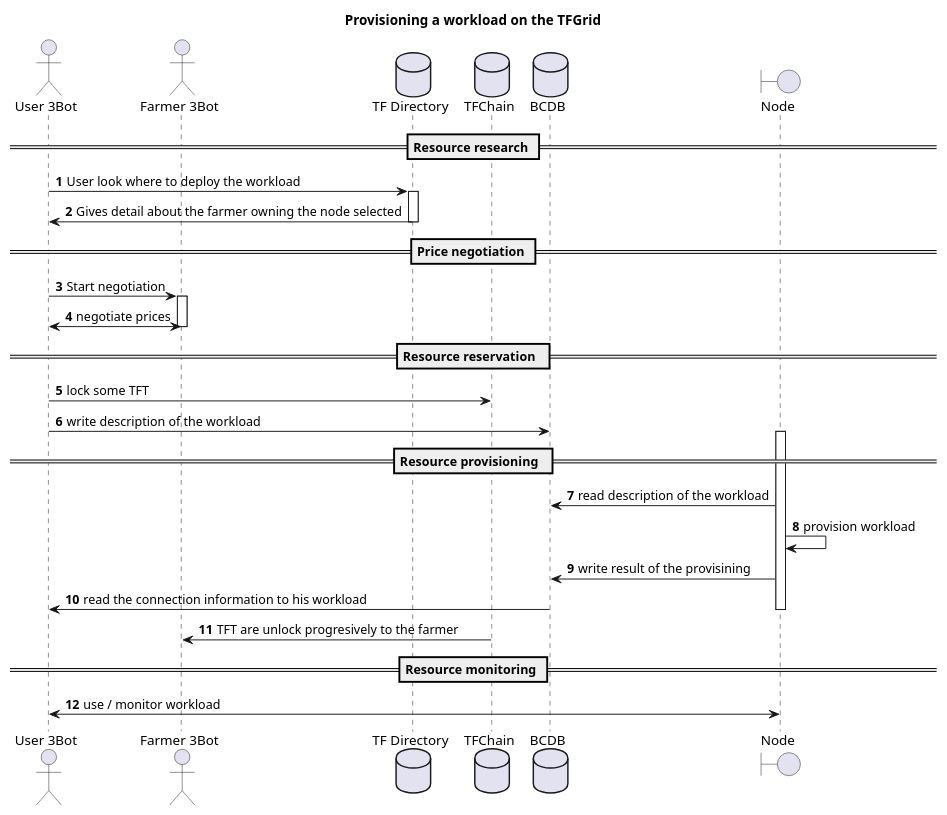
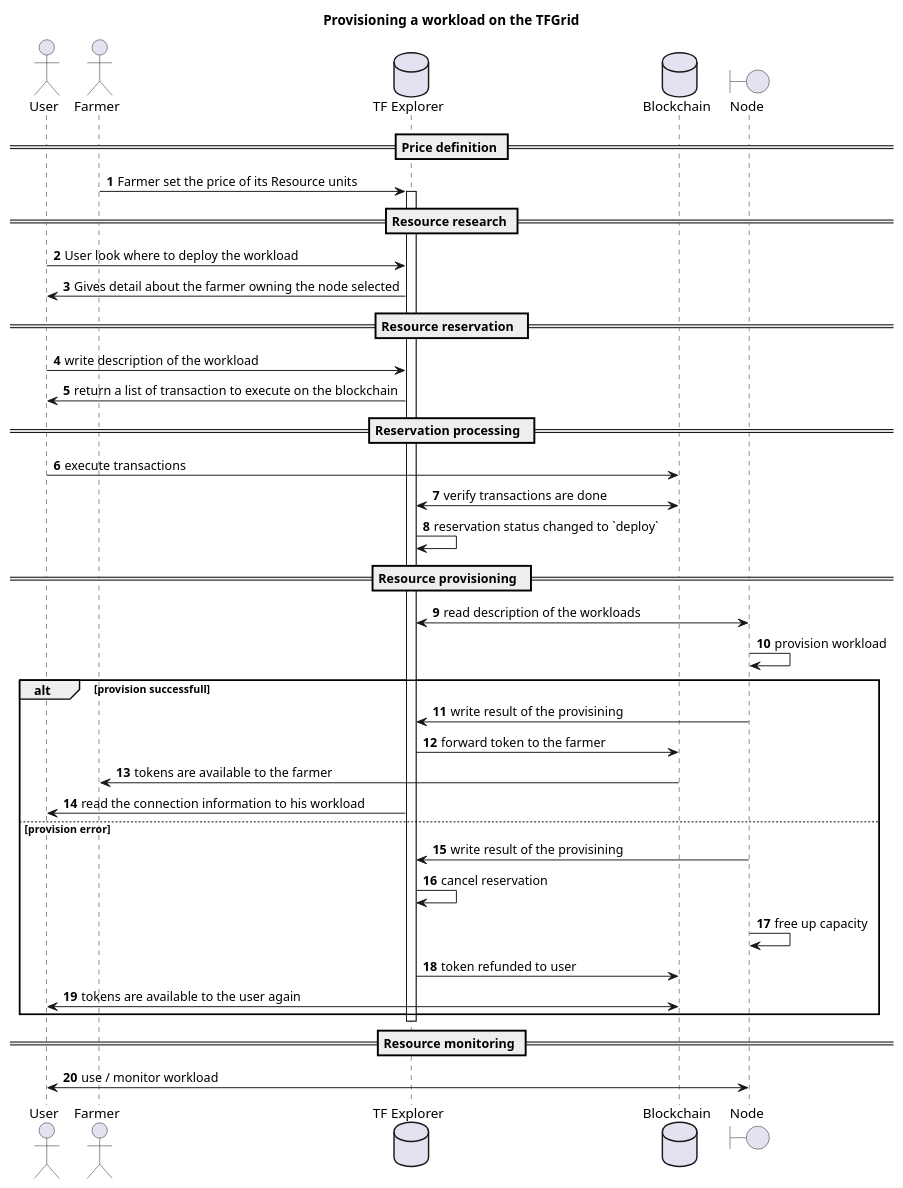
Before and after one commit to threefoldtech/zos: the diagram in assets/grid_provisioning2.wsd, drawn with PlantUML. The commit also changed 4 other files, not shown here.

Commit message:
documentation: improve documentation around reservation flow and payment

```diff
--- a/assets/grid_provisioning2.wsd
+++ b/assets/grid_provisioning2.wsd
@@ -1,35 +1,42 @@
 @startuml
 title Provisioning a workload on the TFGrid
 
 autonumber
-actor "User 3Bot" as user
-actor "Farmer 3Bot" as farmer
-database "TF Directory" as directory
-database TFChain as tfchain
-database BCDB as bcdb
+actor "User" as user
+actor "Farmer" as farmer
+database "TF Explorer" as explorer
+database Blockchain as blockchain
 boundary Node as node
 
+== Price definition ==
+farmer -> explorer: Farmer set the price of its Resource units
 == Resource research ==
-user -> directory: User look where to deploy the workload
-activate directory
-user <- directory: Gives detail about the farmer owning the node selected
-deactivate directory
-== Price negotiation ==
-user -> farmer: Start negotiation
-activate farmer
-farmer <-> user: negotiate prices
-deactivate farmer
+activate explorer
+user -> explorer: User look where to deploy the workload
+user <- explorer: Gives detail about the farmer owning the node selected
 == Resource reservation  ==
-user -> tfchain: lock some TFT
-user -> bcdb: write description of the workload
-activate node
+user -> explorer: write description of the workload
+explorer -> user: return a list of transaction to execute on the blockchain
+== Reservation processing  ==
+user -> blockchain: execute transactions
+explorer <-> blockchain: verify transactions are done
+explorer -> explorer: reservation status changed to `deploy`
 == Resource provisioning  ==
-node -> bcdb: read description of the workload
+node <-> explorer: read description of the workloads
 node -> node: provision workload
-node -> bcdb: write result of the provisining
-user <- bcdb: read the connection information to his workload
-deactivate node
-tfchain -> farmer: TFT are unlock progresively to the farmer
+alt provision successfull
+    node -> explorer: write result of the provisining
+    explorer -> blockchain: forward token to the farmer
+    blockchain -> farmer: tokens are available to the farmer
+    user <- explorer: read the connection information to his workload
+else provision error
+    node -> explorer: write result of the provisining
+    explorer -> explorer: cancel reservation
+    node -> node: free up capacity
+    explorer -> blockchain: token refunded to user 
+    blockchain <-> user: tokens are available to the user again
+end
+deactivate explorer
 == Resource monitoring ==
 user <-> node: use / monitor workload
 @enduml
```
